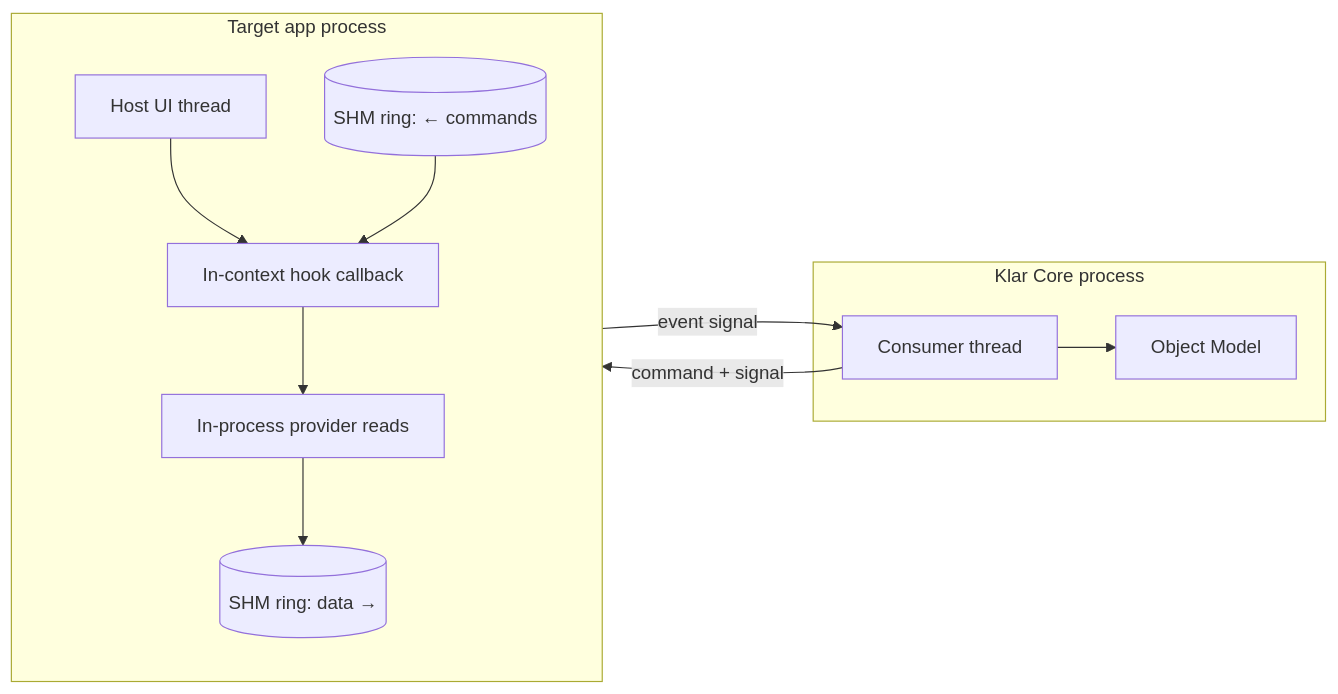
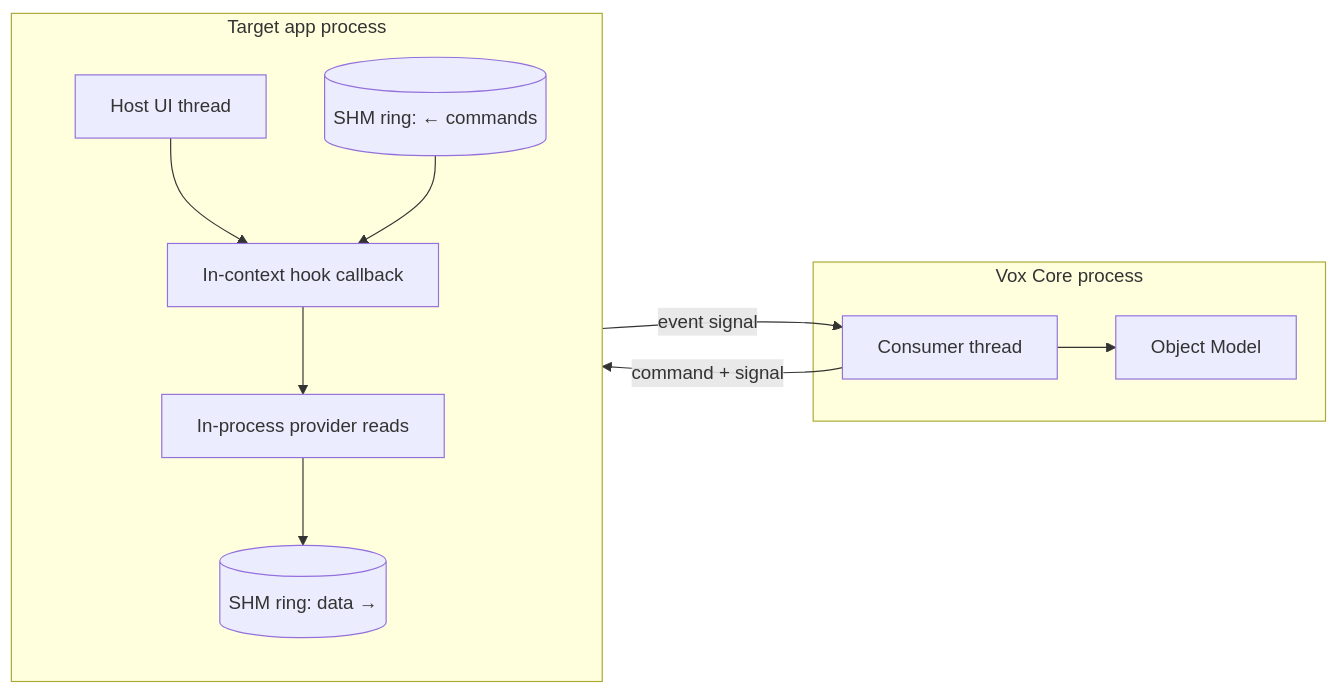
Before and after one commit to digitale-barrierefreiheit/vox: the fourth of 8 diagrams in doc/architecture/architecture.md, drawn with Mermaid. The commit also changed other lines of this file, not shown here.

First line of the commit message:
docs: rename Klar to Vox in architecture.md (#45)

````diff
--- a/doc/architecture/architecture.md
+++ b/doc/architecture/architecture.md
@@ -210,20 +210,20 @@
 ```mermaid
 graph LR
     subgraph Host[Target app process]
       direction TB
       UIthread[Host UI thread]
       Hook[In-context hook callback]
       HReader[In-process provider reads]
       Ring1[(SHM ring: data →)]
       Ring2[(SHM ring: ← commands)]
       UIthread --> Hook --> HReader --> Ring1
       Ring2 --> Hook
     end
-    subgraph CoreP[Klar Core process]
+    subgraph CoreP[Vox Core process]
       Consumer[Consumer thread]
       ModelC[Object Model]
       Consumer --> ModelC
     end
     Ring1 -- event signal --> Consumer
     Consumer -- command + signal --> Ring2
 ```
````
